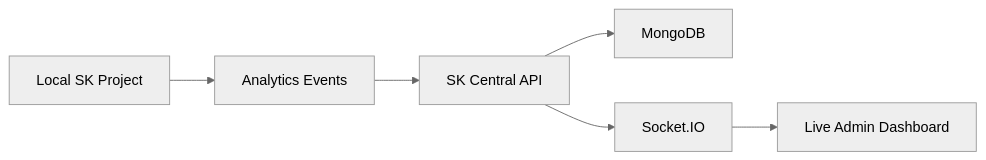
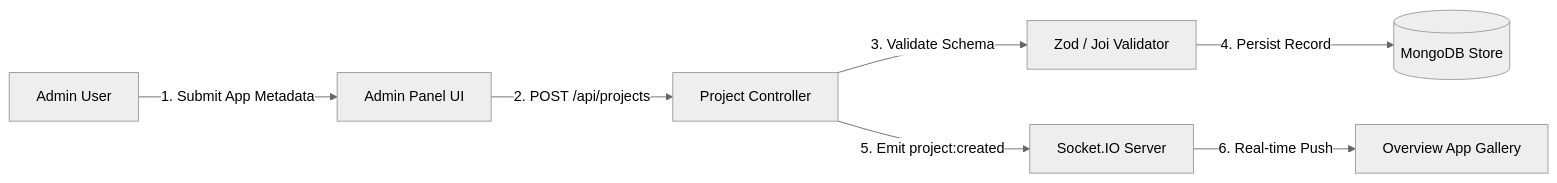
The fourth of 12 diagrams in README.md (samakshrastogi/SK-Central), drawn with Mermaid (neutral theme) before and after one commit. The commit also changed other lines of this file, not shown here.

Commit message:
docs: update README with architectural specifications, diagrams, and ADRs

````diff
--- a/README.md
+++ b/README.md
@@ -131,8 +247,9 @@
 ```mermaid
 flowchart LR
-  LocalApp["Local SK Project"] --> Events["Analytics Events"]
-  Events --> API["SK Central API"]
-  API --> Mongo["MongoDB"]
-  API --> Socket["Socket.IO"]
-  Socket --> Admin["Live Admin Dashboard"]
+    Admin["Admin User"] -->|1. Submit App Metadata| UI["Admin Panel UI"]
+    UI -->|2. POST /api/projects| API["Project Controller"]
+    API -->|3. Validate Schema| Validator["Zod / Joi Validator"]
+    Validator -->|4. Persist Record| Mongo[("MongoDB Store")]
+    API -->|5. Emit project:created| Socket["Socket.IO Server"]
+    Socket -->|6. Real-time Push| Gallery["Overview App Gallery"]
 ```
````
